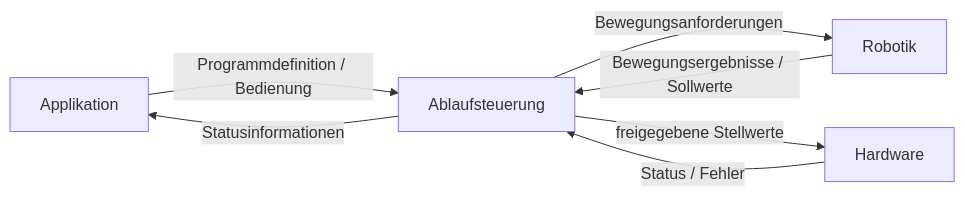
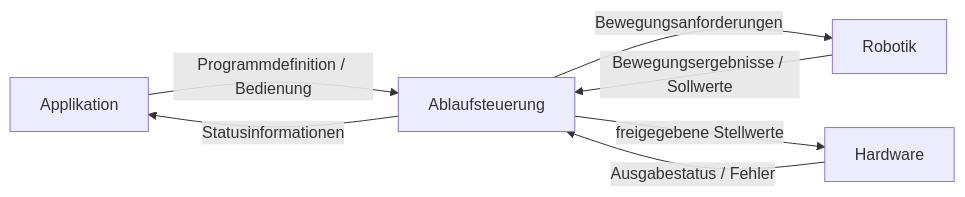
Before and after one commit to butz1999/inverse_kinematik: the first of 5 diagrams in doc/projektbeschreibung.md, drawn with Mermaid. The commit also changed other lines of this file, not shown here.

````diff
--- a/doc/projektbeschreibung.md
+++ b/doc/projektbeschreibung.md
@@ -332,14 +337,14 @@
 ```mermaid
 flowchart LR
     A[Applikation]
     B[Ablaufsteuerung]
     C[Robotik]
     D[Hardware]
 
     A -->|Programmdefinition / Bedienung| B
     B -->|Bewegungsanforderungen| C
     C -->|Bewegungsergebnisse / Sollwerte| B
     B -->|freigegebene Stellwerte| D
-    D -->|Status / Fehler| B
+    D -->|Ausgabestatus / Fehler| B
     B -->|Statusinformationen| A
 ```
````
